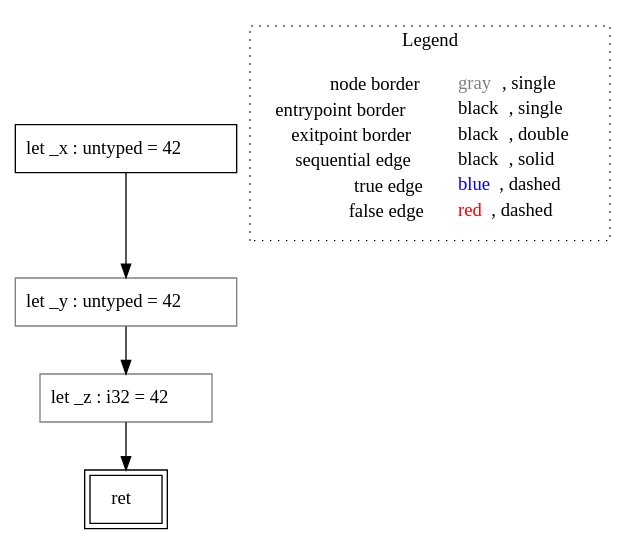
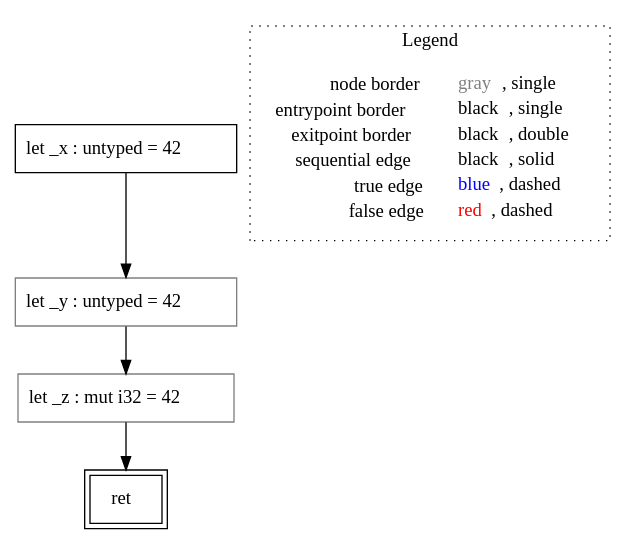
Before and after one commit to VincenzoArceri/rust-lisa: the diagram in rust-lisa/rust-testcases/cfg/variable-declaration/untyped_rust-testcases_cfg_variable-declaration_variable-declaration.rs.main().dot, drawn with Graphviz. The commit also changed 3 other files, not shown here.

```diff
--- a/rust-lisa/rust-testcases/cfg/variable-declaration/untyped_rust-testcases_cfg_variable-declaration_variable-declaration.rs.main().dot
+++ b/rust-lisa/rust-testcases/cfg/variable-declaration/untyped_rust-testcases_cfg_variable-declaration_variable-declaration.rs.main().dot
@@ -1,16 +1,16 @@
 digraph {
 	"node0" [shape="rect",color="black",label=<let _x : untyped = 42>];
 	"node1" [shape="rect",color="black",peripheries="2",label=<ret>];
-	"node2" [shape="rect",color="gray",label=<let _z : i32 = 42>];
+	"node2" [shape="rect",color="gray",label=<let _z : mut i32 = 42>];
 	"node3" [shape="rect",color="gray",label=<let _y : untyped = 42>];
 	"node2" -> "node1" [color="black"];
+	"node3" -> "node2" [color="black"];
 	"node0" -> "node3" [color="black"];
-	"node3" -> "node2" [color="black"];
 subgraph cluster_legend {
 	label="Legend";
 	style=dotted;
 	node [shape=plaintext];
 	"legend" [label=<<table border="0" cellpadding="2" cellspacing="0" cellborder="0"><tr><td align="right">node border&nbsp;</td><td align="left"><font color="gray">gray</font>, single</td></tr><tr><td align="right">entrypoint border&nbsp;</td><td align="left"><font color="black">black</font>, single</td></tr><tr><td align="right">exitpoint border&nbsp;</td><td align="left"><font color="black">black</font>, double</td></tr><tr><td align="right">sequential edge&nbsp;</td><td align="left"><font color="black">black</font>, solid</td></tr><tr><td align="right">true edge&nbsp;</td><td align="left"><font color="blue">blue</font>, dashed</td></tr><tr><td align="right">false edge&nbsp;</td><td align="left"><font color="red">red</font>, dashed</td></tr></table>>];
 }
 
 }
```
